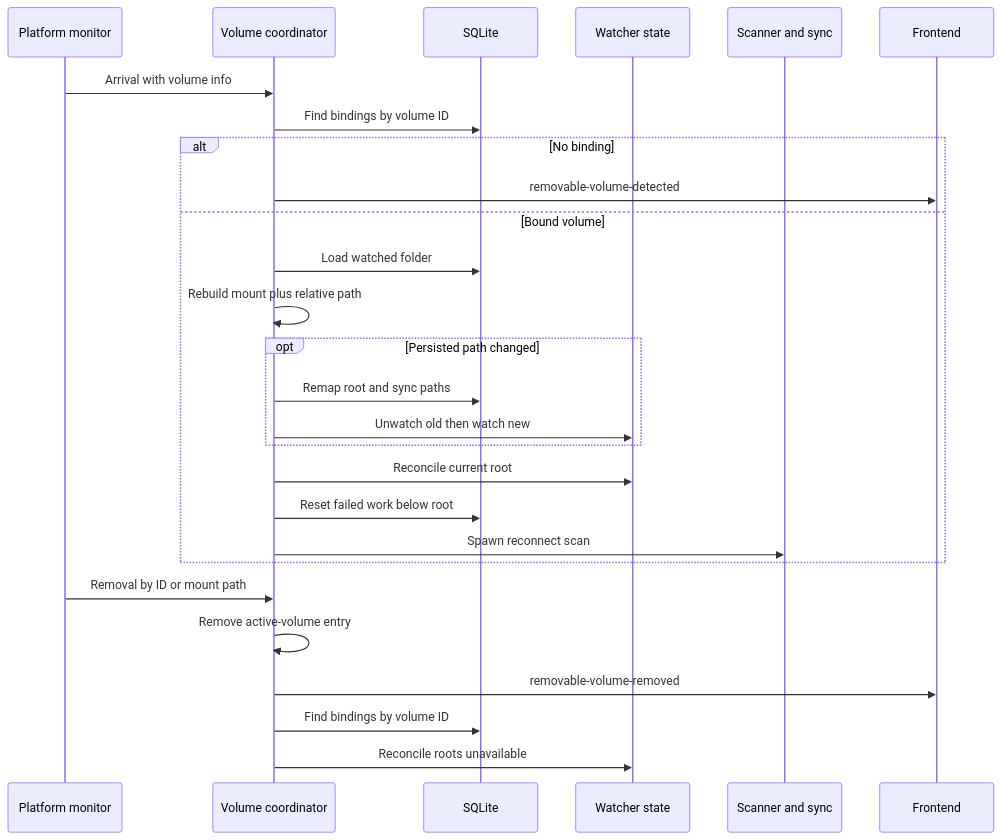
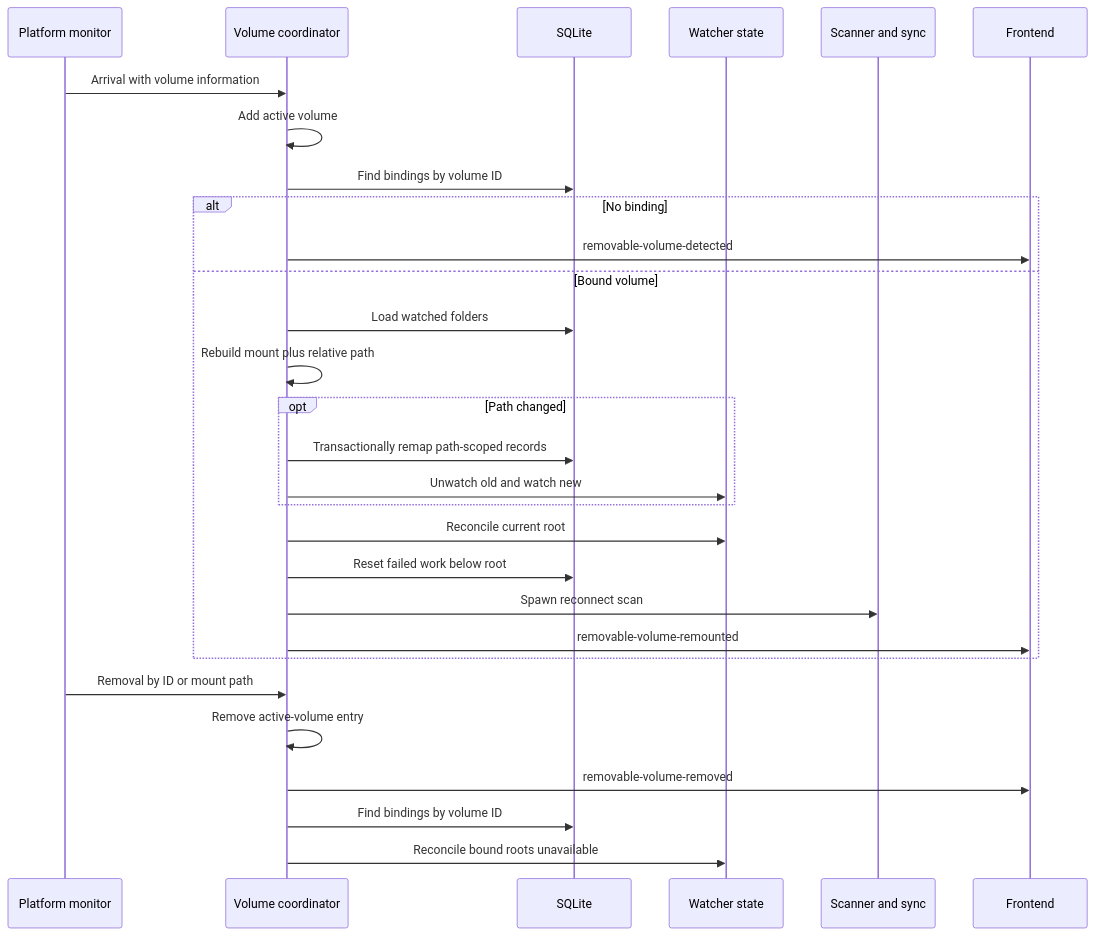
Before and after one commit to xXRoxXeRXx/lymic: the third of 3 diagrams in openwiki/workflows/watched-folders.md, drawn with Mermaid. The commit also changed other lines of this file and 22 other files, not shown here.

````diff
--- a/openwiki/workflows/watched-folders.md
+++ b/openwiki/workflows/watched-folders.md
@@ -123,30 +127,32 @@
 ```mermaid
 sequenceDiagram
     participant Monitor as Platform monitor
     participant Coord as Volume coordinator
     participant Store as SQLite
-    participant Watch as Watcher state
-    participant Scan as Scanner and sync
+    participant Watcher as Watcher state
+    participant Sync as Scanner and sync
     participant UI as Frontend
 
-    Monitor->>Coord: Arrival with volume info
+    Monitor->>Coord: Arrival with volume information
+    Coord->>Coord: Add active volume
     Coord->>Store: Find bindings by volume ID
     alt No binding
         Coord->>UI: removable-volume-detected
     else Bound volume
-        Coord->>Store: Load watched folder
+        Coord->>Store: Load watched folders
         Coord->>Coord: Rebuild mount plus relative path
-        opt Persisted path changed
-            Coord->>Store: Remap root and sync paths
-            Coord->>Watch: Unwatch old then watch new
+        opt Path changed
+            Coord->>Store: Transactionally remap path-scoped records
+            Coord->>Watcher: Unwatch old and watch new
         end
-        Coord->>Watch: Reconcile current root
+        Coord->>Watcher: Reconcile current root
         Coord->>Store: Reset failed work below root
-        Coord->>Scan: Spawn reconnect scan
+        Coord->>Sync: Spawn reconnect scan
+        Coord->>UI: removable-volume-remounted
     end
     Monitor->>Coord: Removal by ID or mount path
     Coord->>Coord: Remove active-volume entry
     Coord->>UI: removable-volume-removed
     Coord->>Store: Find bindings by volume ID
-    Coord->>Watch: Reconcile roots unavailable
+    Coord->>Watcher: Reconcile bound roots unavailable
 ```
````
